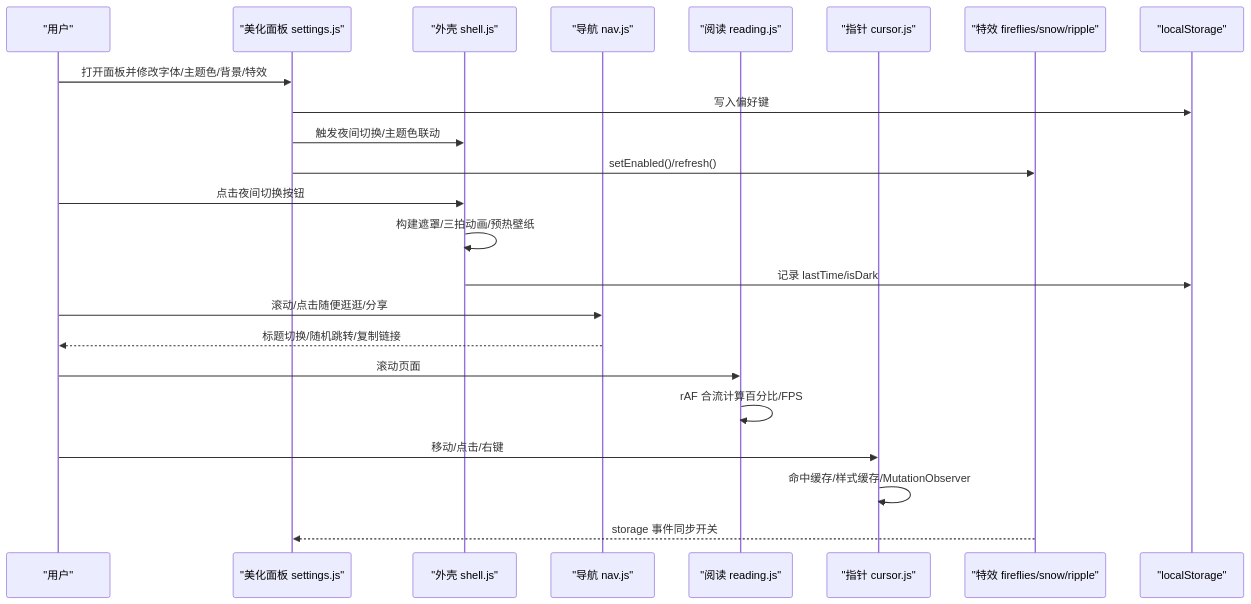
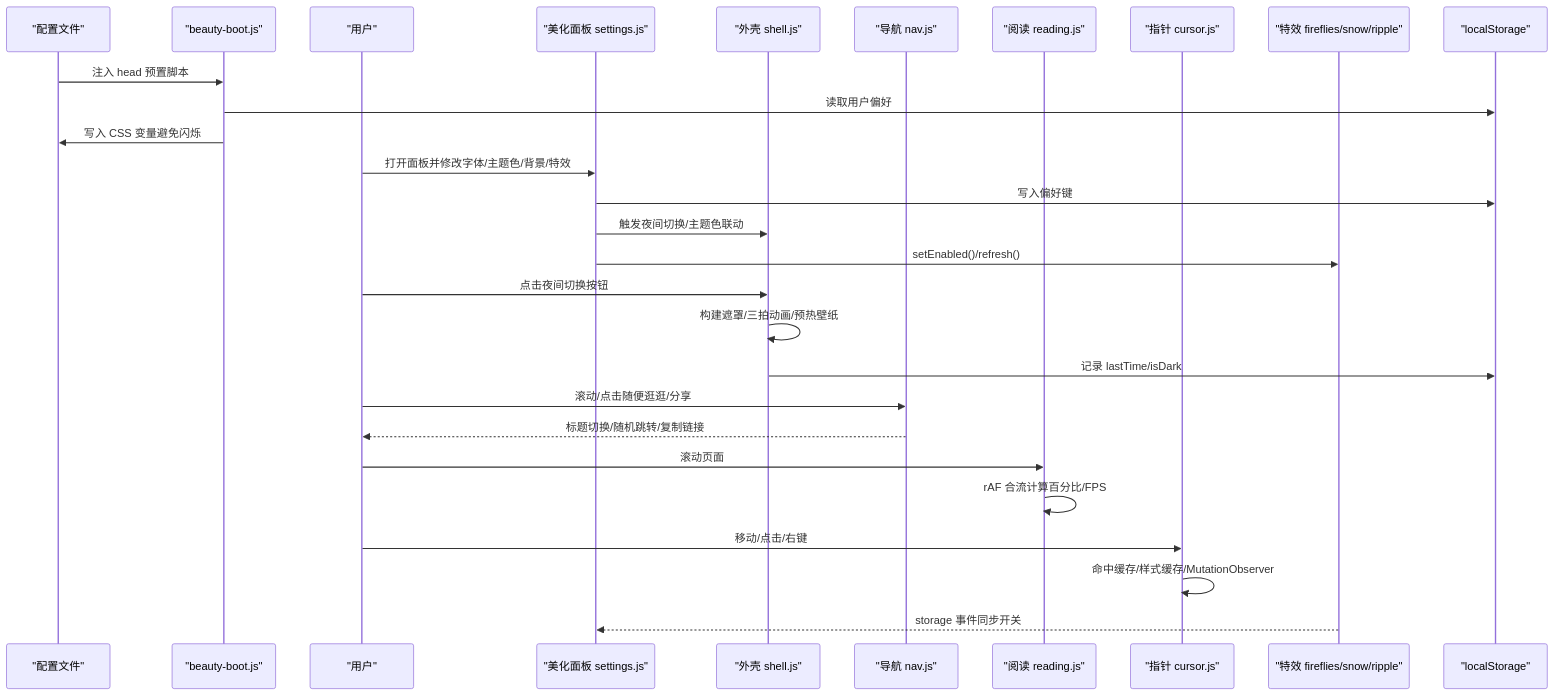
The second of 8 diagrams in .qoder/repowiki/zh/content/JavaScript 模块系统/JavaScript 模块系统.md (N1280851853/my_blog), drawn with Mermaid before and after one commit. The commit also changed other lines of this file and 41 other files, not shown here.

````diff
--- a/.qoder/repowiki/zh/content/JavaScript 模块系统/JavaScript 模块系统.md
+++ b/.qoder/repowiki/zh/content/JavaScript 模块系统/JavaScript 模块系统.md
@@ -96,25 +111,30 @@
 ```mermaid
 sequenceDiagram
+participant Config as "配置文件"
+participant Boot as "beauty-boot.js"
 participant User as "用户"
 participant Settings as "美化面板 settings.js"
 participant Shell as "外壳 shell.js"
 participant Nav as "导航 nav.js"
 participant Reading as "阅读 reading.js"
 participant Cursor as "指针 cursor.js"
 participant Effects as "特效 fireflies/snow/ripple"
 participant Storage as "localStorage"
+Config->>Boot : 注入 head 预置脚本
+Boot->>Storage : 读取用户偏好
+Boot->>Config : 写入 CSS 变量避免闪烁
 User->>Settings : 打开面板并修改字体/主题色/背景/特效
 Settings->>Storage : 写入偏好键
 Settings->>Shell : 触发夜间切换/主题色联动
 Settings->>Effects : setEnabled()/refresh()
 User->>Shell : 点击夜间切换按钮
 Shell->>Shell : 构建遮罩/三拍动画/预热壁纸
 Shell->>Storage : 记录 lastTime/isDark
 User->>Nav : 滚动/点击随便逛逛/分享
 Nav-->>User : 标题切换/随机跳转/复制链接
 User->>Reading : 滚动页面
 Reading->>Reading : rAF 合流计算百分比/FPS
 User->>Cursor : 移动/点击/右键
 Cursor->>Cursor : 命中缓存/样式缓存/MutationObserver
 Effects-->>Settings : storage 事件同步开关
 ```
````
